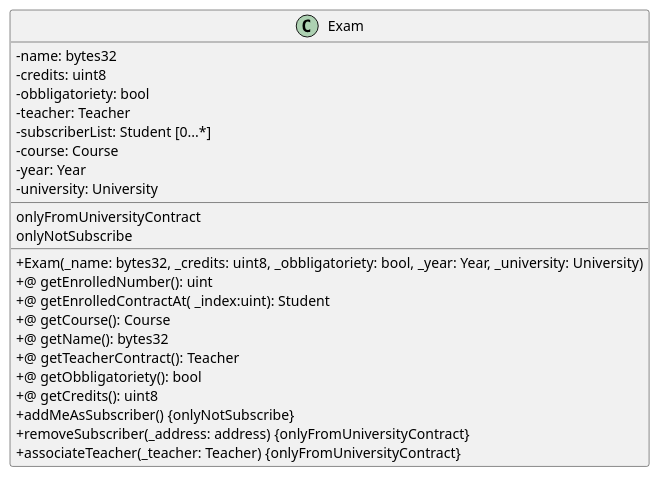
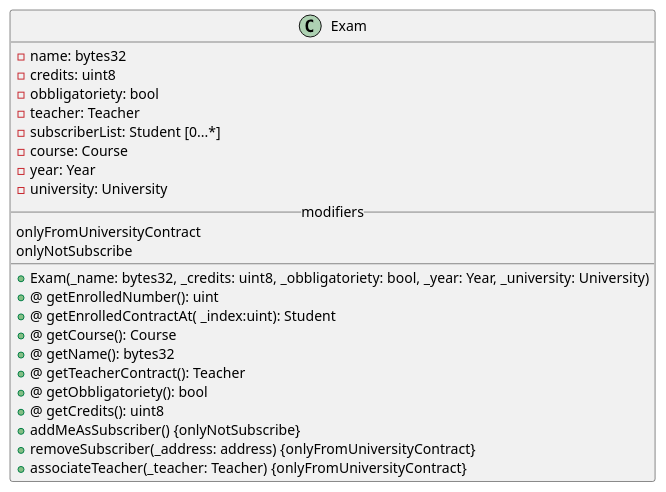
The diagram in Solidity/Contracts/Exam.iuml (M9k/Marvin-Uml), drawn with PlantUML before and after one commit. The commit also changed 13 other files, not shown here.

Commit message:
aggiunto modifiers uml

```diff
--- a/Solidity/Contracts/Exam.iuml
+++ b/Solidity/Contracts/Exam.iuml
@@ -1,28 +1,28 @@
 @startuml
-skinparam classAttributeIconSize 0
+
 class Exam{
 - name: bytes32
 - credits: uint8
 - obbligatoriety: bool
 - teacher: Teacher
 - subscriberList: Student [0...*]
 - course: Course
 - year: Year
 - university: University
-__
+__modifiers__
 onlyFromUniversityContract
 onlyNotSubscribe
 __
 + Exam(_name: bytes32, _credits: uint8, _obbligatoriety: bool, _year: Year, _university: University)
 +@ getEnrolledNumber(): uint
 +@ getEnrolledContractAt( _index:uint): Student
 +@ getCourse(): Course
 +@ getName(): bytes32
 +@ getTeacherContract(): Teacher
 +@ getObbligatoriety(): bool
 +@ getCredits(): uint8
 + addMeAsSubscriber() {onlyNotSubscribe}
 + removeSubscriber(_address: address) {onlyFromUniversityContract}
 + associateTeacher(_teacher: Teacher) {onlyFromUniversityContract}
 }
 @enduml
```
